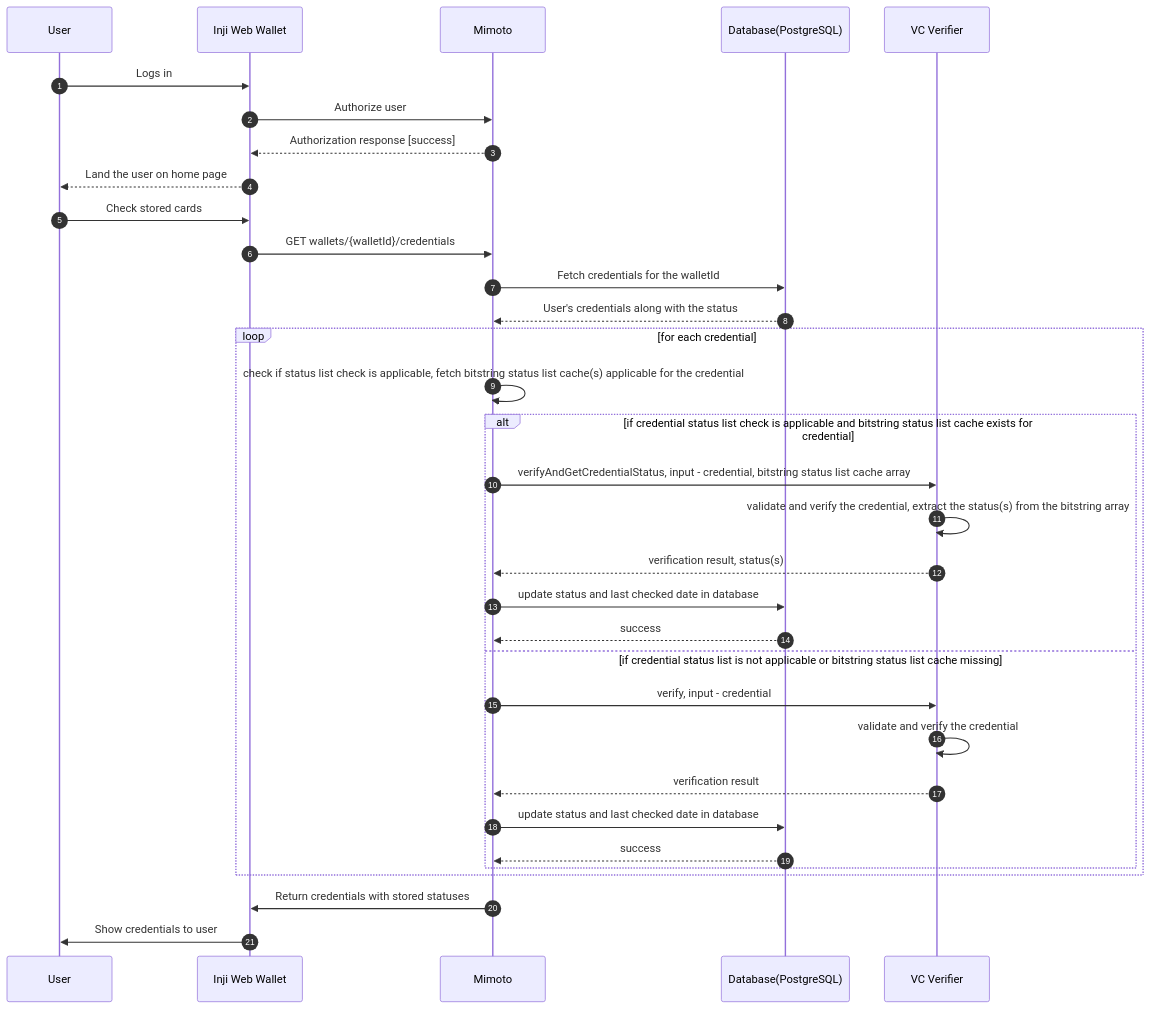
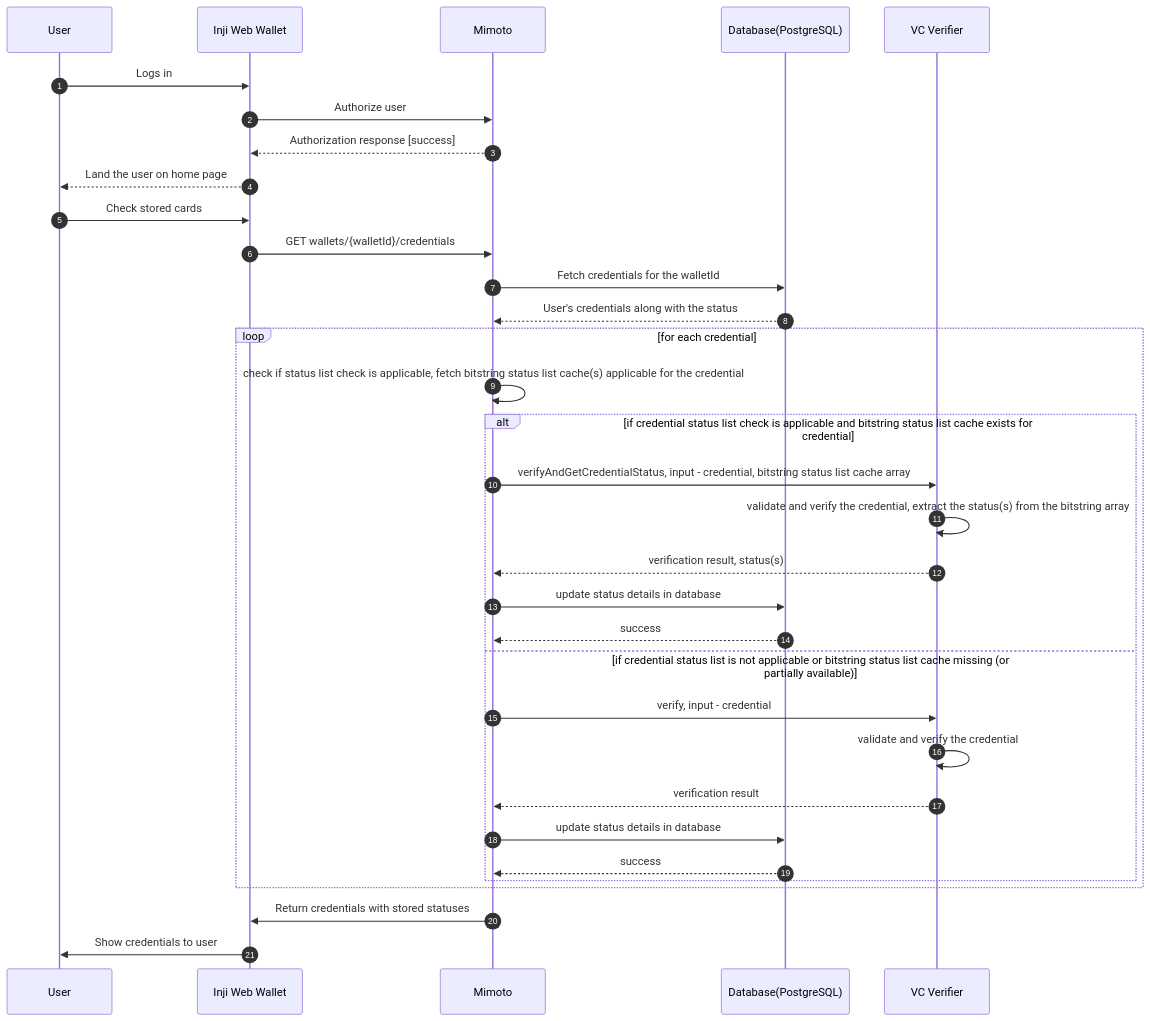
The first of 3 diagrams in docs/VCStatusCheckDesign.md (inji/mimoto), drawn with Mermaid before and after one commit. The commit also changed other lines of this file, not shown here.

````diff
--- a/docs/VCStatusCheckDesign.md
+++ b/docs/VCStatusCheckDesign.md
@@ -24,36 +26,36 @@
 ```mermaid
 sequenceDiagram
     autonumber
     participant User
     participant InjiWeb as Inji Web Wallet
     participant Mimoto
     participant Database as Database(PostgreSQL)
     participant VCVerifier as VC Verifier
 
     User->>InjiWeb: Logs in
     InjiWeb->>Mimoto: Authorize user
     Mimoto-->> InjiWeb: Authorization response [success]
     InjiWeb-->>User: Land the user on home page
     User->>InjiWeb: Check stored cards
     InjiWeb->>Mimoto: GET wallets/{walletId}/credentials
     Mimoto->>Database: Fetch credentials for the walletId
     Database-->>Mimoto: User's credentials along with the status
     loop for each credential
         Mimoto->>Mimoto: check if status list check is applicable, fetch bitstring status list cache(s) applicable for the credential
         alt if credential status list check is applicable and bitstring status list cache exists for credential
             Mimoto->>VCVerifier: verifyAndGetCredentialStatus, input - credential, bitstring status list cache array
             VCVerifier->>VCVerifier: validate and verify the credential, extract the status(s) from the bitstring array
             VCVerifier-->>Mimoto: verification result, status(s)
-            Mimoto->>Database: update status and last checked date in database
+            Mimoto->>Database: update status details in database
             Database-->>Mimoto: success
-        else if credential status list is not applicable or bitstring status list cache missing
+        else if credential status list is not applicable or bitstring status list cache missing (or partially available)
             Mimoto->>VCVerifier:  verify, input - credential
             VCVerifier->>VCVerifier: validate and verify the credential
             VCVerifier-->>Mimoto: verification result
-            Mimoto->>Database: update status and last checked date in database
+            Mimoto->>Database: update status details in database
             Database-->>Mimoto: success
         end
     end
     Mimoto->>InjiWeb: Return credentials with stored statuses
     InjiWeb->>User: Show credentials to user
 ```
````
